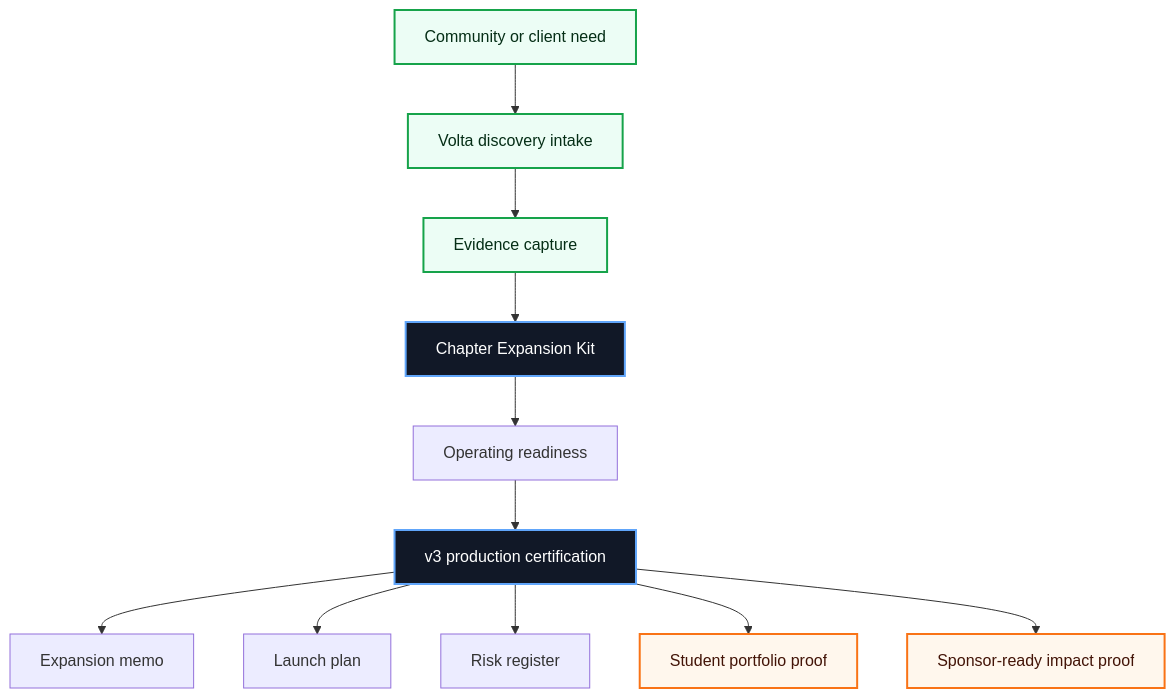
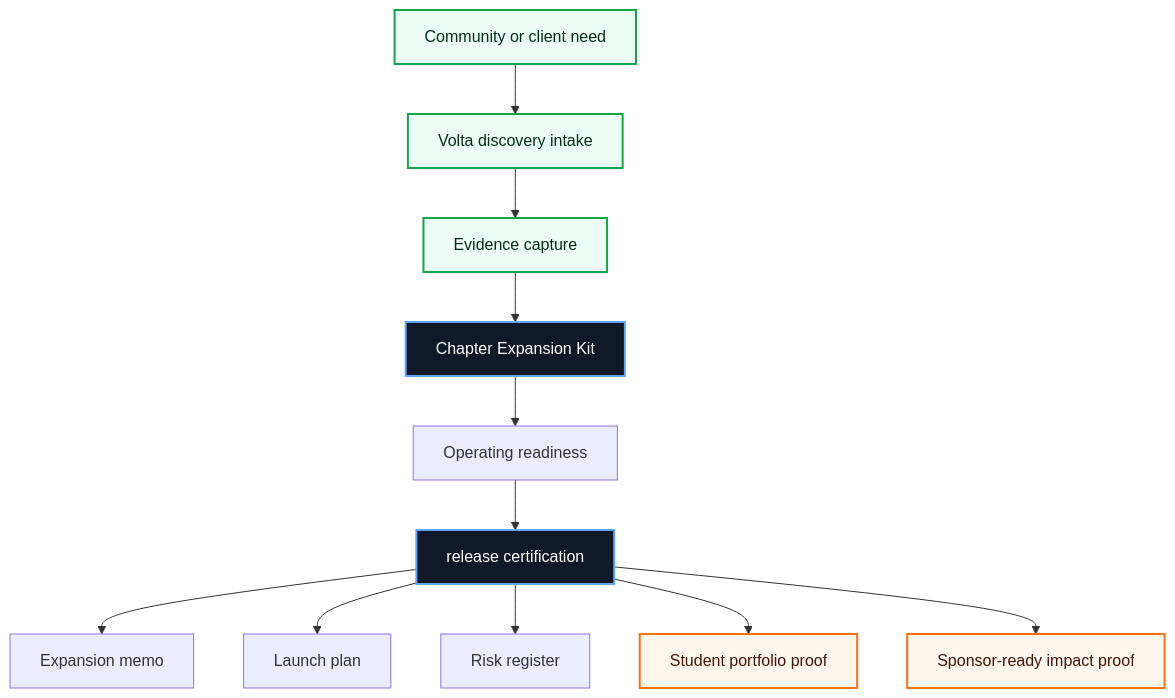
Before and after one commit to volta-npo/chapter-expansion-kit: the first of 3 diagrams in README.md, drawn with Mermaid. The commit also changed other lines of this file and 28 other files, not shown here.

````diff
--- a/README.md
+++ b/README.md
@@ -43,20 +43,20 @@
 ```mermaid
 flowchart TD
     Need["Community or client need"] --> Intake["Volta discovery intake"]
     Intake --> Evidence["Evidence capture"]
     Evidence --> Workbench["Chapter Expansion Kit"]
     Workbench --> Score["Operating readiness"]
-    Score --> Cert["v3 production certification"]
+    Score --> Cert["release certification"]
     Cert --> A1["Expansion memo"]
     Cert --> A2["Launch plan"]
     Cert --> A3["Risk register"]
     Cert --> Student["Student portfolio proof"]
     Cert --> Sponsor["Sponsor-ready impact proof"]
 
     classDef volta fill:#111827,stroke:#60a5fa,color:#ffffff,stroke-width:2px;
     classDef equity fill:#ecfdf5,stroke:#16a34a,color:#052e16,stroke-width:2px;
     classDef proof fill:#fff7ed,stroke:#f97316,color:#431407,stroke-width:2px;
     class Workbench,Cert volta;
     class Need,Intake,Evidence equity;
     class Student,Sponsor proof;
 ```
````
